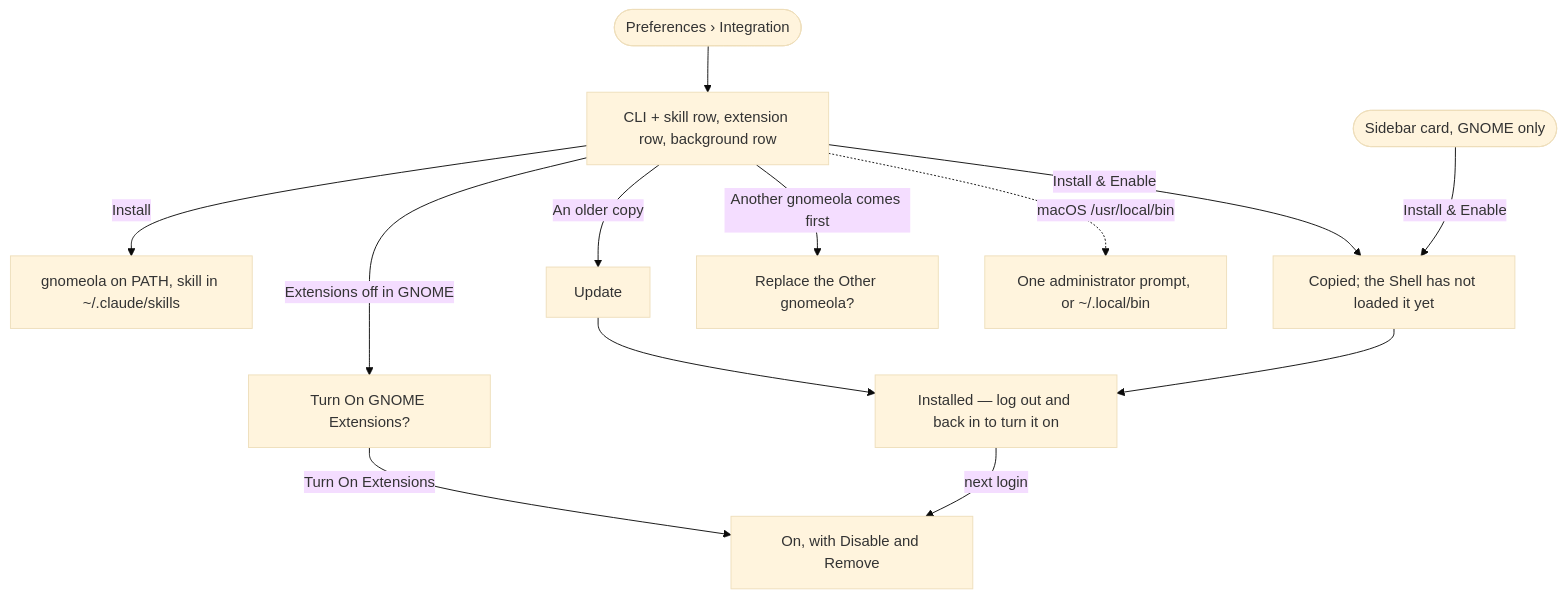
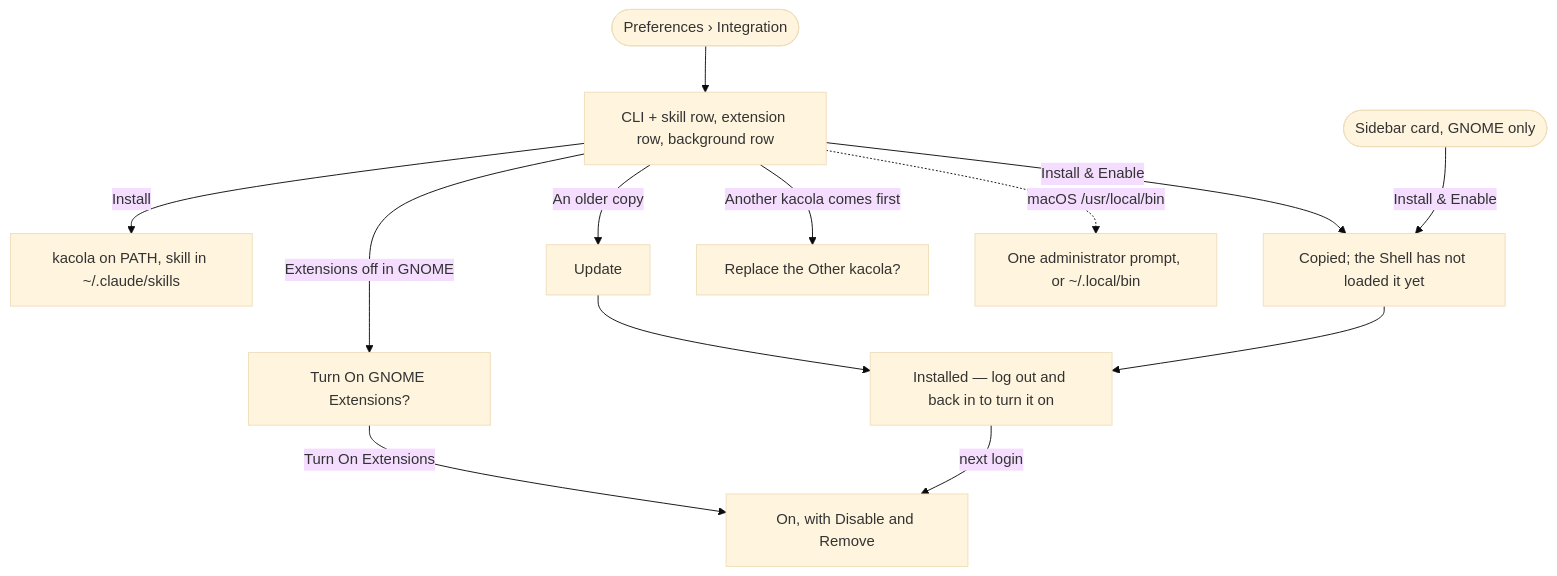
One commit to Kacper-Lubisz/kacola changed the fourth of 44 diagrams in docs/user-stories.md. Above: the diagram before and after it, drawn with Mermaid (base theme). The commit also changed other lines of this file and 676 other files, not shown here.

First line of the commit message:
Rename gnomeola to kacola: packages, commands, ids, env vars, paths and text

````diff
--- a/docs/user-stories.md
+++ b/docs/user-stories.md
@@ -204,21 +204,21 @@
 ```mermaid
 flowchart TD
   A([Preferences › Integration]) --> B[CLI + skill row, extension row, background row]
-  B -->|Install| C[gnomeola on PATH, skill in ~/.claude/skills]
+  B -->|Install| C[kacola on PATH, skill in ~/.claude/skills]
   S([Sidebar card, GNOME only]) -->|Install & Enable| D[Copied; the Shell has not loaded it yet]
   B -->|Install & Enable| D
   D --> L[Installed — log out and back in to turn it on]
   L -->|next login| ON[On, with Disable and Remove]
   B -->|An older copy| U[Update]
   U --> L
   B -->|Extensions off in GNOME| Q[Turn On GNOME Extensions?]
   Q -->|Turn On Extensions| ON
-  B -->|Another gnomeola comes first| F[Replace the Other gnomeola?]
+  B -->|Another kacola comes first| F[Replace the Other kacola?]
   B -.macOS /usr/local/bin.-> G[One administrator prompt, or ~/.local/bin]
   %% shot: B = integrations__preferences__integration-page
   %% shot: S = integrations__sidebar__extension-card
   %% shot: L = integrations__sidebar__extension-login
   %% shot: U = integrations__preferences__extension-update
   %% shot: ON = integrations__preferences__extension-on
   %% shot: Q = integrations__enable__ask-extensions
 ```
````
